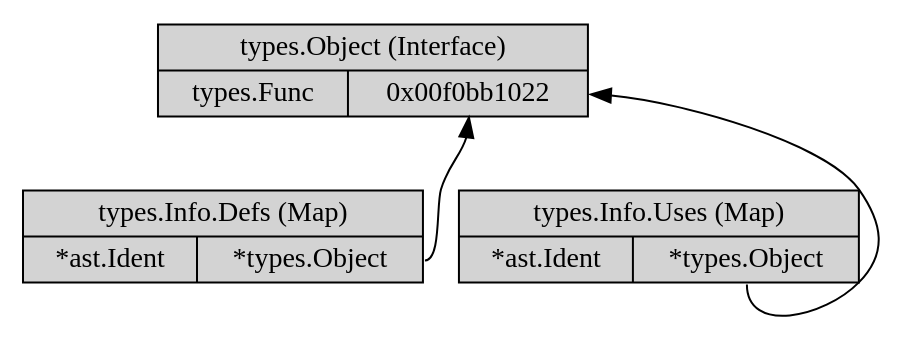
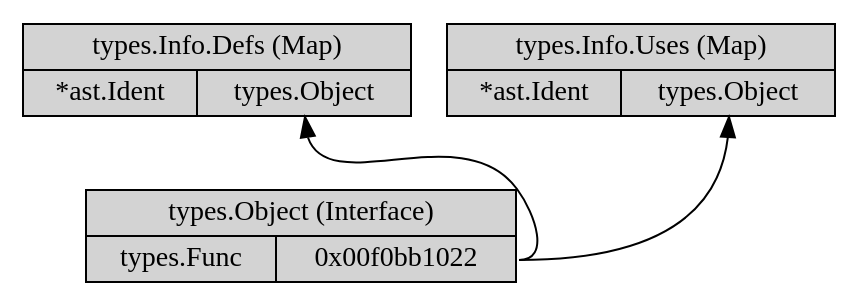
The diagram in docs/graphs/types_info_map_values.gv (bfoersterling/gotracer), drawn with Graphviz before and after one commit. The commit also changed 1 other file, not shown here.

```diff
--- a/docs/graphs/types_info_map_values.gv
+++ b/docs/graphs/types_info_map_values.gv
@@ -1,12 +1,12 @@
 digraph {
 	node [style=filled, fillcolor=lightgrey];
 	rankdir=BT;
 
 	types_object [shape=record, label="{<f0>types.Object (Interface)|{<f1>types.Func|<f2>0x00f0bb1022}}"];
 
-	defs [shape=record, label="{<f0>types.Info.Defs (Map)|{<f1> *ast.Ident|<f2> *types.Object}}"];
-	uses [shape=record, label="{<f0>types.Info.Uses (Map)|{<f1> *ast.Ident|<f2> *types.Object}}"];
+	defs [shape=record, label="{<f0>types.Info.Defs (Map)|{<f1> *ast.Ident|<f2> types.Object}}"];
+	uses [shape=record, label="{<f0>types.Info.Uses (Map)|{<f1> *ast.Ident|<f2> types.Object}}"];
 
-	defs:f2 -> types_object:f2:s
-	uses:f2 -> types_object:f2:e
+	types_object:f2:e -> defs:f2
+	types_object:f2:e -> uses:f2
 }
```
